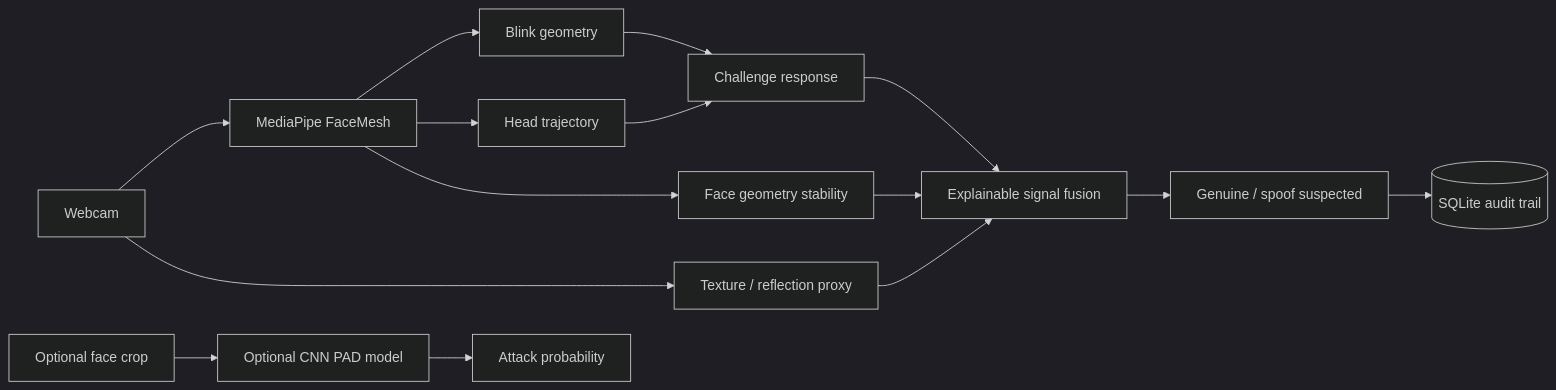
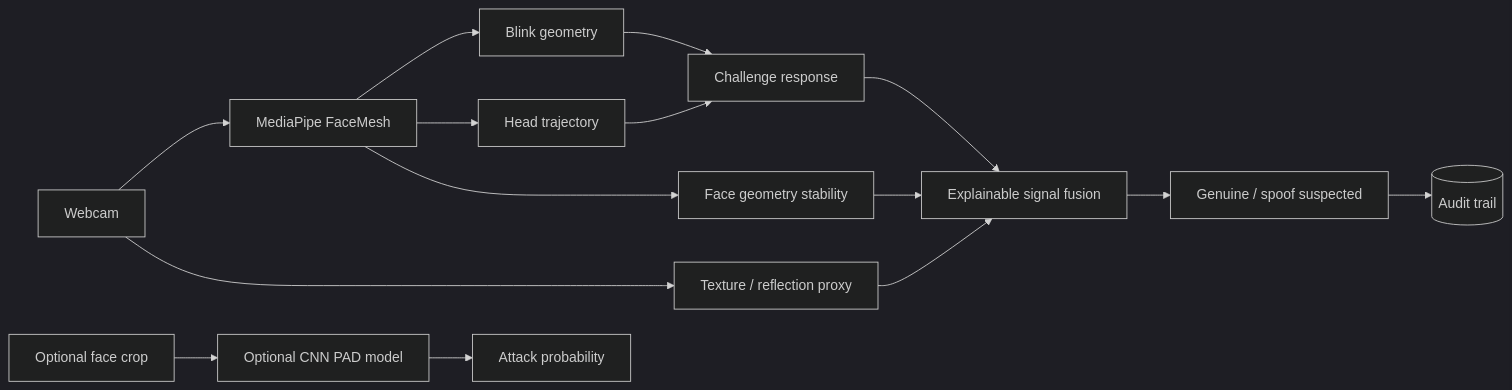
One commit to rsswethaa/anti-spoofing-system changed the diagram in README.md. Above: the diagram before and after it, drawn with Mermaid (dark theme). The commit also changed other lines of this file, not shown here.

````diff
--- a/README.md
+++ b/README.md
@@ -23,17 +32,17 @@
 ```mermaid
 flowchart LR
   C[Webcam] --> F[MediaPipe FaceMesh]
   C --> T[Texture / reflection proxy]
   F --> E[Blink geometry]
   F --> H[Head trajectory]
   F --> G[Face geometry stability]
   E --> CH[Challenge response]
   H --> CH
   T --> X[Explainable signal fusion]
   G --> X
   CH --> X
   X --> D[Genuine / spoof suspected]
-  D --> DB[(SQLite audit trail)]
+  D --> DB[(Audit trail)]
   I[Optional face crop] --> CNN[Optional CNN PAD model]
   CNN --> P[Attack probability]
 ```
````
